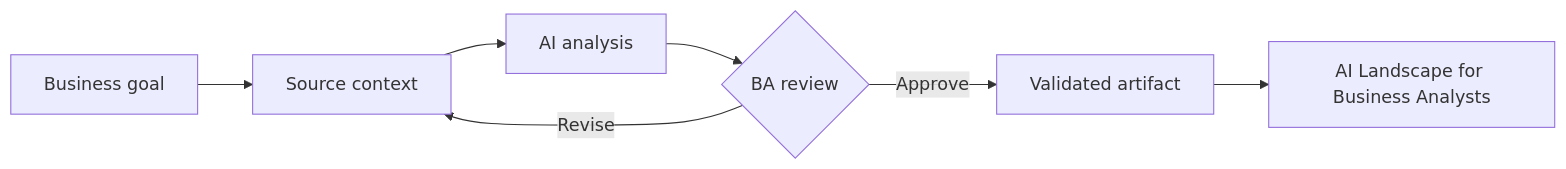
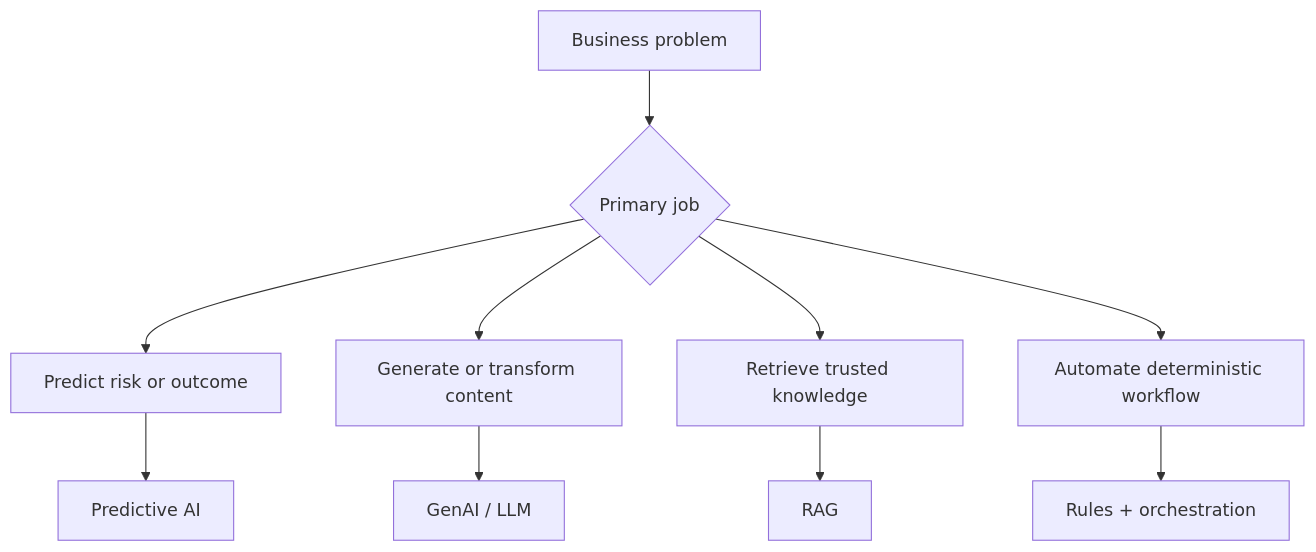
Before and after one commit to anhtnt90dev/ai-for-ba: the diagram in docs/en/lessons/ai-landscape-for-ba/index.md, drawn with Mermaid. The commit also changed other lines of this file and 64 other files, not shown here.

````diff
--- a/docs/en/lessons/ai-landscape-for-ba/index.md
+++ b/docs/en/lessons/ai-landscape-for-ba/index.md
@@ -39,9 +38,12 @@
 ```mermaid
-flowchart LR
-    A["Business goal"] --> B["Source context"]
-    B --> C["AI analysis"]
-    C --> D{"BA review"}
-    D -->|"Revise"| B
-    D -->|"Approve"| E["Validated artifact"]
-    E --> F["AI Landscape for Business Analysts"]
+flowchart TD
+    A["Business problem"] --> B{"Primary job"}
+    B --> C["Predict risk or outcome"]
+    B --> D["Generate or transform content"]
+    B --> E["Retrieve trusted knowledge"]
+    B --> F["Automate deterministic workflow"]
+    C --> C1["Predictive AI"]
+    D --> D1["GenAI / LLM"]
+    E --> E1["RAG"]
+    F --> F1["Rules + orchestration"]
 ```
````
